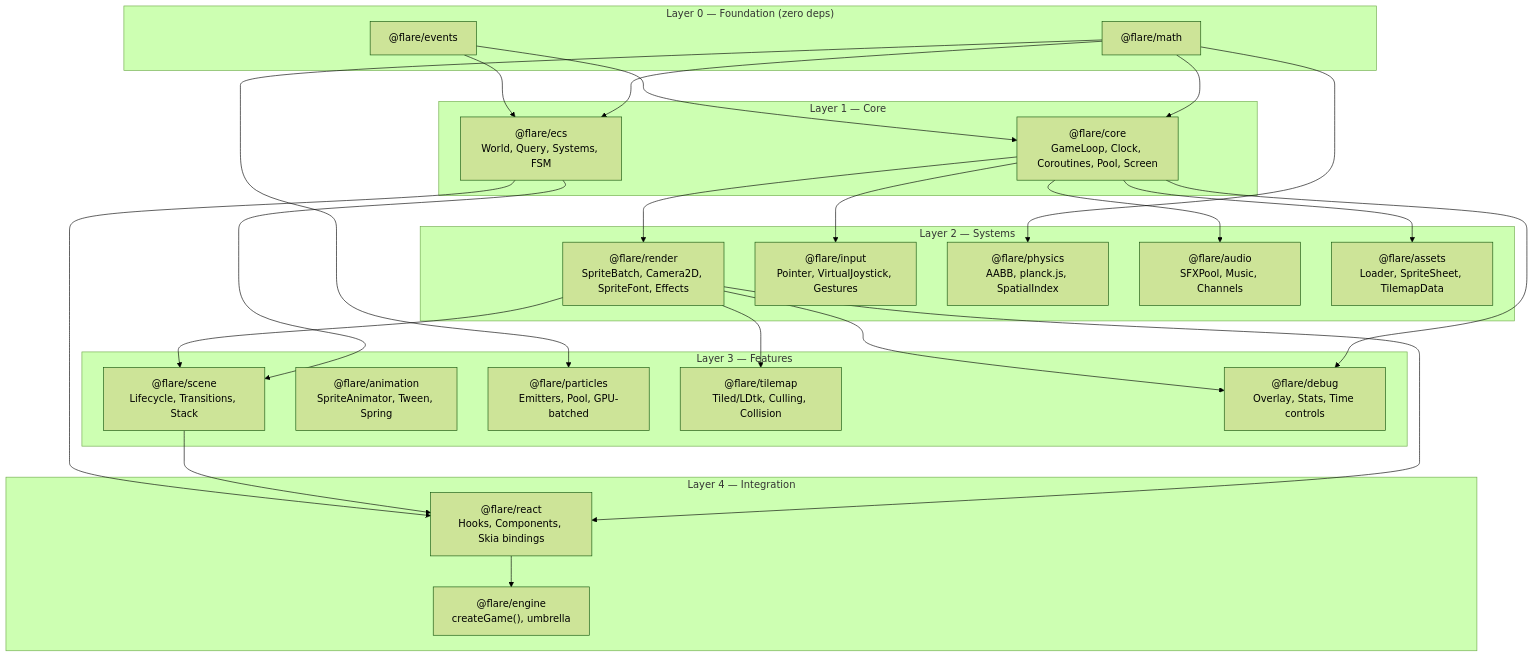
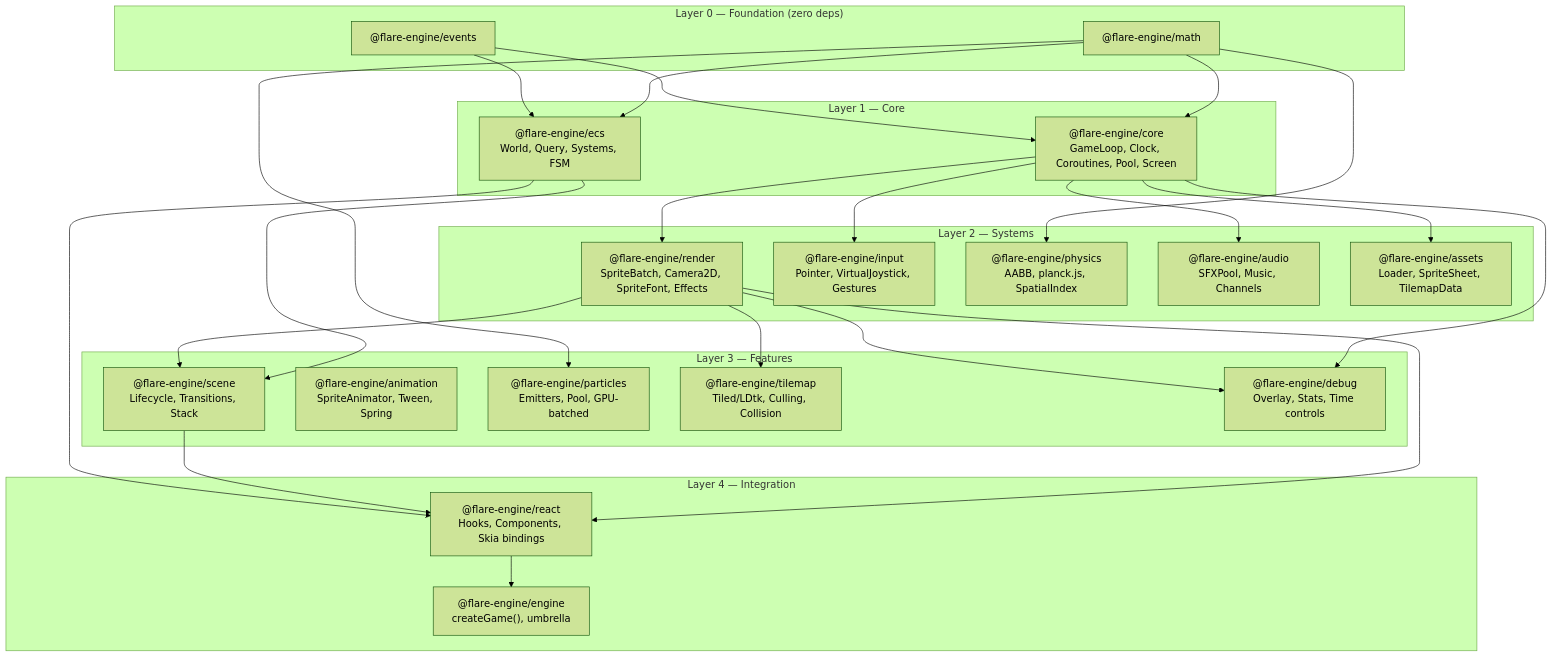
The diagram in docs/design/architecture.md (grzott/flare-engine), drawn with Mermaid (forest theme) before and after one commit. The commit also changed other lines of this file and 142 other files, not shown here.

Commit message:
chore: lib scope renamed to flare-engine, as flare is reserved

````diff
--- a/docs/design/architecture.md
+++ b/docs/design/architecture.md
@@ -15,57 +15,57 @@
 ```mermaid
 graph TD
     subgraph "Layer 0 — Foundation (zero deps)"
-        MATH["@flare/math"]
-        EVENTS["@flare/events"]
+        MATH["@flare-engine/math"]
+        EVENTS["@flare-engine/events"]
     end
 
     subgraph "Layer 1 — Core"
-        CORE["@flare/core<br/>GameLoop, Clock, Coroutines, Pool, Screen"]
-        ECS["@flare/ecs<br/>World, Query, Systems, FSM"]
+        CORE["@flare-engine/core<br/>GameLoop, Clock, Coroutines, Pool, Screen"]
+        ECS["@flare-engine/ecs<br/>World, Query, Systems, FSM"]
     end
 
     subgraph "Layer 2 — Systems"
-        RENDER["@flare/render<br/>SpriteBatch, Camera2D, SpriteFont, Effects"]
-        INPUT["@flare/input<br/>Pointer, VirtualJoystick, Gestures"]
-        PHYSICS["@flare/physics<br/>AABB, planck.js, SpatialIndex"]
-        AUDIO["@flare/audio<br/>SFXPool, Music, Channels"]
-        ASSETS["@flare/assets<br/>Loader, SpriteSheet, TilemapData"]
+        RENDER["@flare-engine/render<br/>SpriteBatch, Camera2D, SpriteFont, Effects"]
+        INPUT["@flare-engine/input<br/>Pointer, VirtualJoystick, Gestures"]
+        PHYSICS["@flare-engine/physics<br/>AABB, planck.js, SpatialIndex"]
+        AUDIO["@flare-engine/audio<br/>SFXPool, Music, Channels"]
+        ASSETS["@flare-engine/assets<br/>Loader, SpriteSheet, TilemapData"]
     end
 
     subgraph "Layer 3 — Features"
-        SCENE["@flare/scene<br/>Lifecycle, Transitions, Stack"]
-        ANIM["@flare/animation<br/>SpriteAnimator, Tween, Spring"]
-        PARTICLES["@flare/particles<br/>Emitters, Pool, GPU-batched"]
-        TILEMAP["@flare/tilemap<br/>Tiled/LDtk, Culling, Collision"]
-        DEBUG["@flare/debug<br/>Overlay, Stats, Time controls"]
+        SCENE["@flare-engine/scene<br/>Lifecycle, Transitions, Stack"]
+        ANIM["@flare-engine/animation<br/>SpriteAnimator, Tween, Spring"]
+        PARTICLES["@flare-engine/particles<br/>Emitters, Pool, GPU-batched"]
+        TILEMAP["@flare-engine/tilemap<br/>Tiled/LDtk, Culling, Collision"]
+        DEBUG["@flare-engine/debug<br/>Overlay, Stats, Time controls"]
     end
 
     subgraph "Layer 4 — Integration"
-        REACT["@flare/react<br/>Hooks, Components, Skia bindings"]
-        ENGINE["@flare/engine<br/>createGame(), umbrella"]
+        REACT["@flare-engine/react<br/>Hooks, Components, Skia bindings"]
+        ENGINE["@flare-engine/engine<br/>createGame(), umbrella"]
     end
 
     MATH --> CORE
     EVENTS --> CORE
     MATH --> ECS
     EVENTS --> ECS
 
     CORE --> RENDER
     CORE --> INPUT
     MATH --> PHYSICS
     CORE --> AUDIO
     CORE --> ASSETS
 
     ECS --> SCENE
     RENDER --> SCENE
     MATH --> PARTICLES
     RENDER --> TILEMAP
     CORE --> DEBUG
     RENDER --> DEBUG
 
     RENDER --> REACT
     SCENE --> REACT
     ECS --> REACT
 
     REACT --> ENGINE
 ```
````
